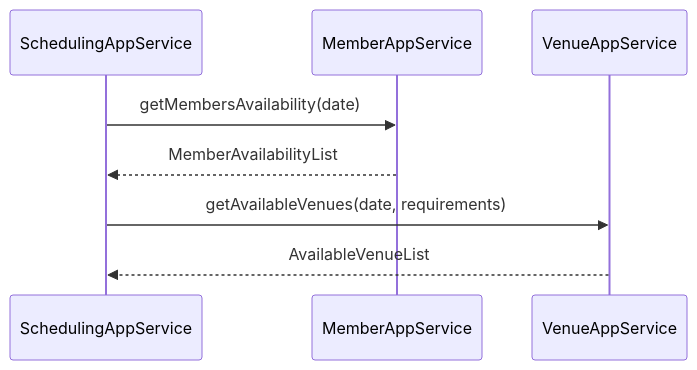
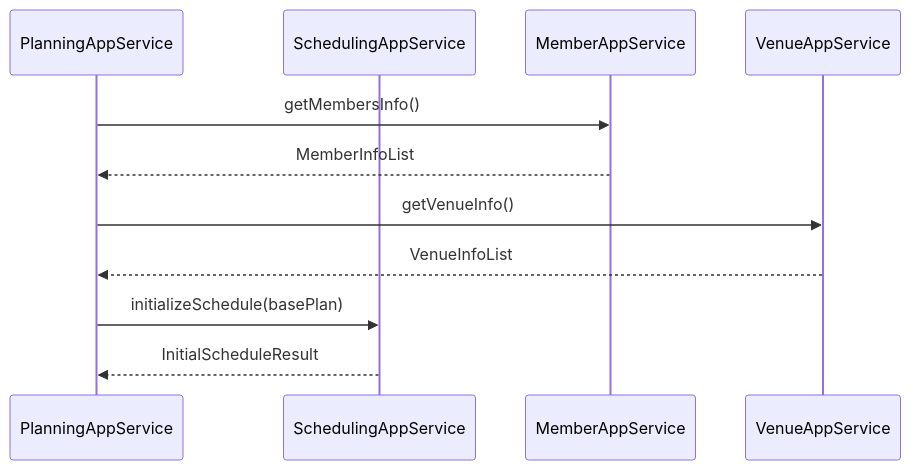
Diagram 16 of 18 in 設計書/05_アプリケーション層.md (NowatariSoma/tomosigoto_nou_system), drawn with Mermaid before and after one commit. The commit also changed other lines of this file and 12 other files, not shown here.

````diff
--- a/設計書/05_アプリケーション層.md
+++ b/設計書/05_アプリケーション層.md
@@ -505,11 +525,14 @@
 ```mermaid
 sequenceDiagram
+    participant P as PlanningAppService
     participant S as SchedulingAppService
     participant M as MemberAppService
     participant V as VenueAppService
     
-    S->>M: getMembersAvailability(date)
-    M-->>S: MemberAvailabilityList
-    S->>V: getAvailableVenues(date, requirements)
-    V-->>S: AvailableVenueList
+    P->>M: getMembersInfo()
+    M-->>P: MemberInfoList
+    P->>V: getVenueInfo()
+    V-->>P: VenueInfoList
+    P->>S: initializeSchedule(basePlan)
+    S-->>P: InitialScheduleResult
 ```
````
